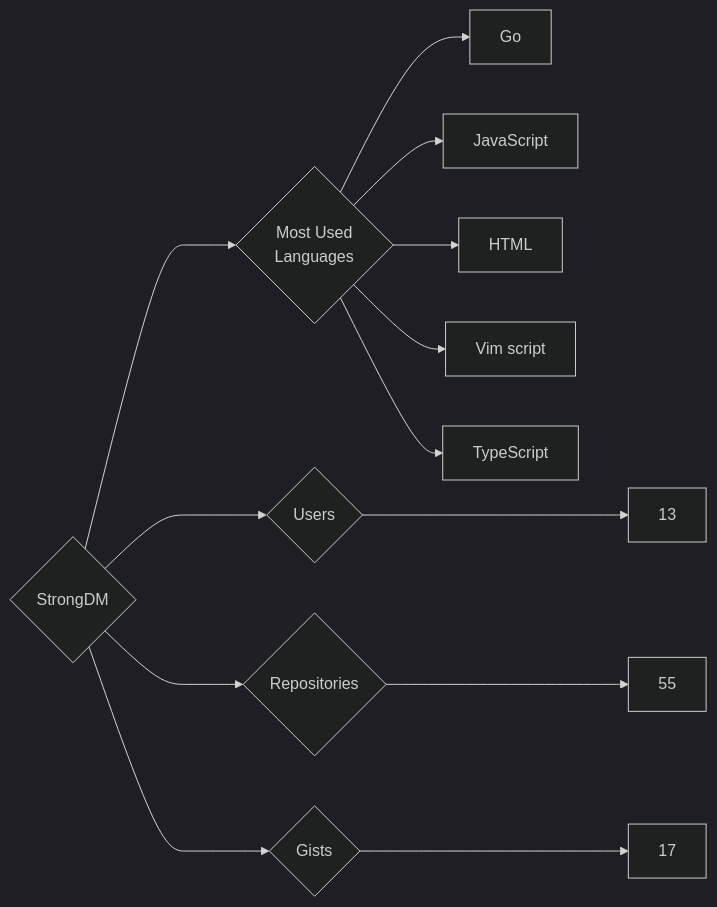
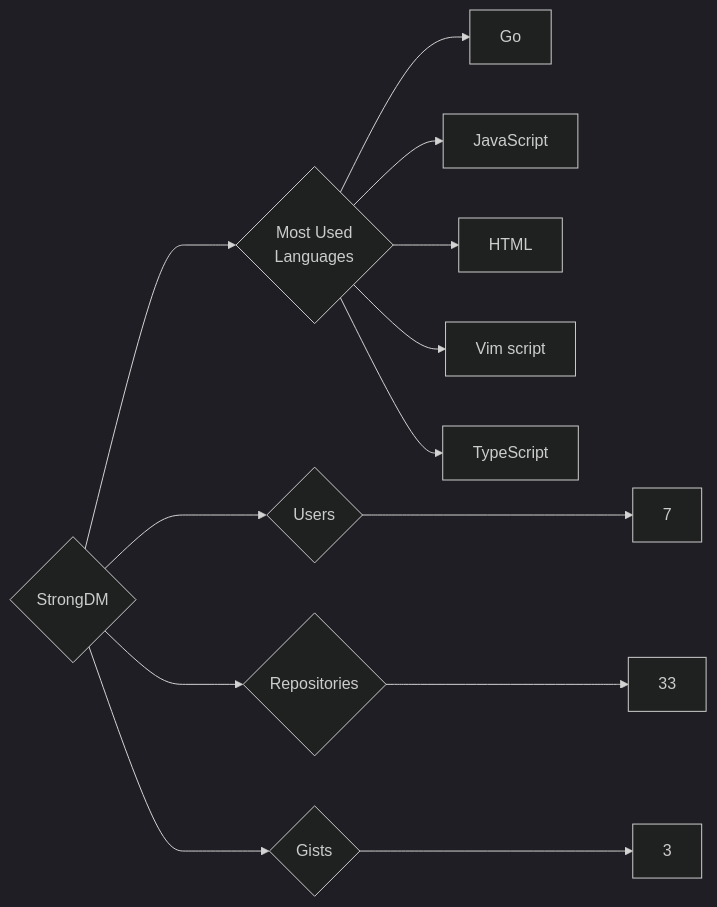
One commit to trickest/insiders changed the diagram in targets/StrongDM/README.md. Above: the diagram before and after it, drawn with Mermaid (dark theme). The commit also changed 829 other files, not shown here.

````diff
--- a/targets/StrongDM/README.md
+++ b/targets/StrongDM/README.md
@@ -3,13 +3,13 @@
 ```mermaid
 graph LR
 COMPANY_NAME{StrongDM}
-COMPANY_NAME ---> U{Users} ---> UN[13]
-COMPANY_NAME ---> R{Repositories} ---> RN[55]
-COMPANY_NAME ---> G{Gists} ---> GN[17]
+COMPANY_NAME ---> U{Users} ---> UN[7]
+COMPANY_NAME ---> R{Repositories} ---> RN[33]
+COMPANY_NAME ---> G{Gists} ---> GN[3]
 COMPANY_NAME ---> ML{Most Used<br>Languages}
 ML --> Go[Go]
 ML --> JavaScript[JavaScript]
 ML --> HTML[HTML]
 ML --> Vim_script[Vim script]
 ML --> TypeScript[TypeScript]
 ```
````
